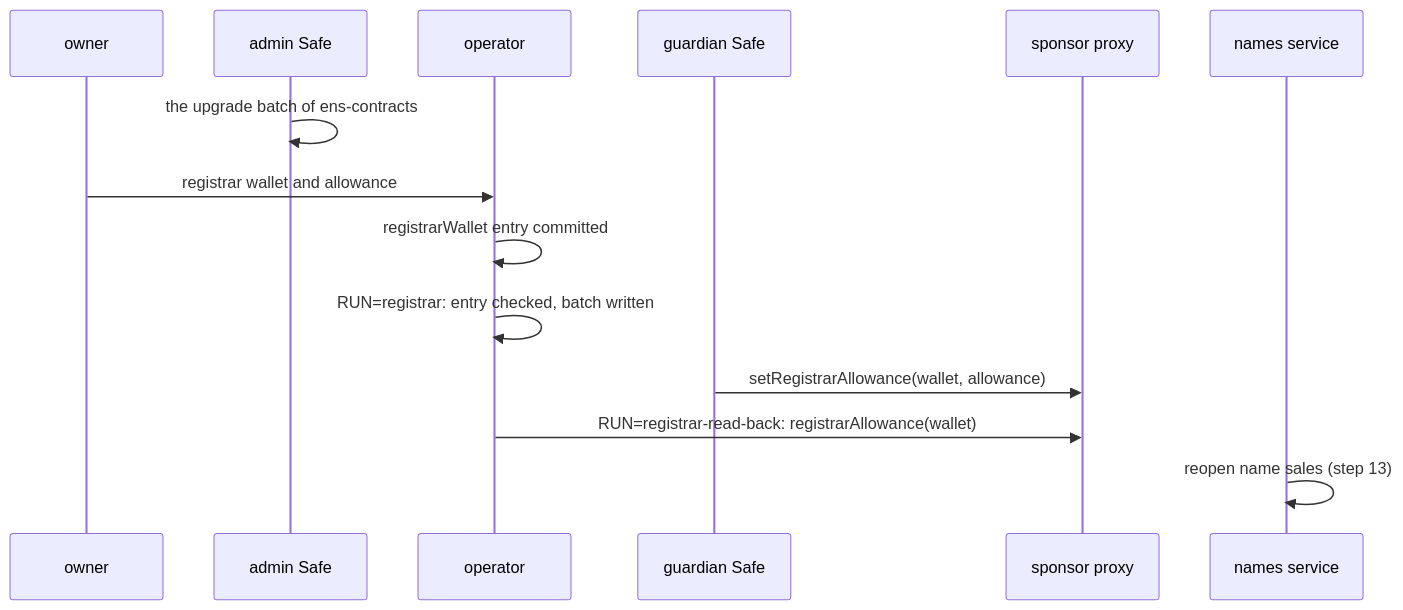
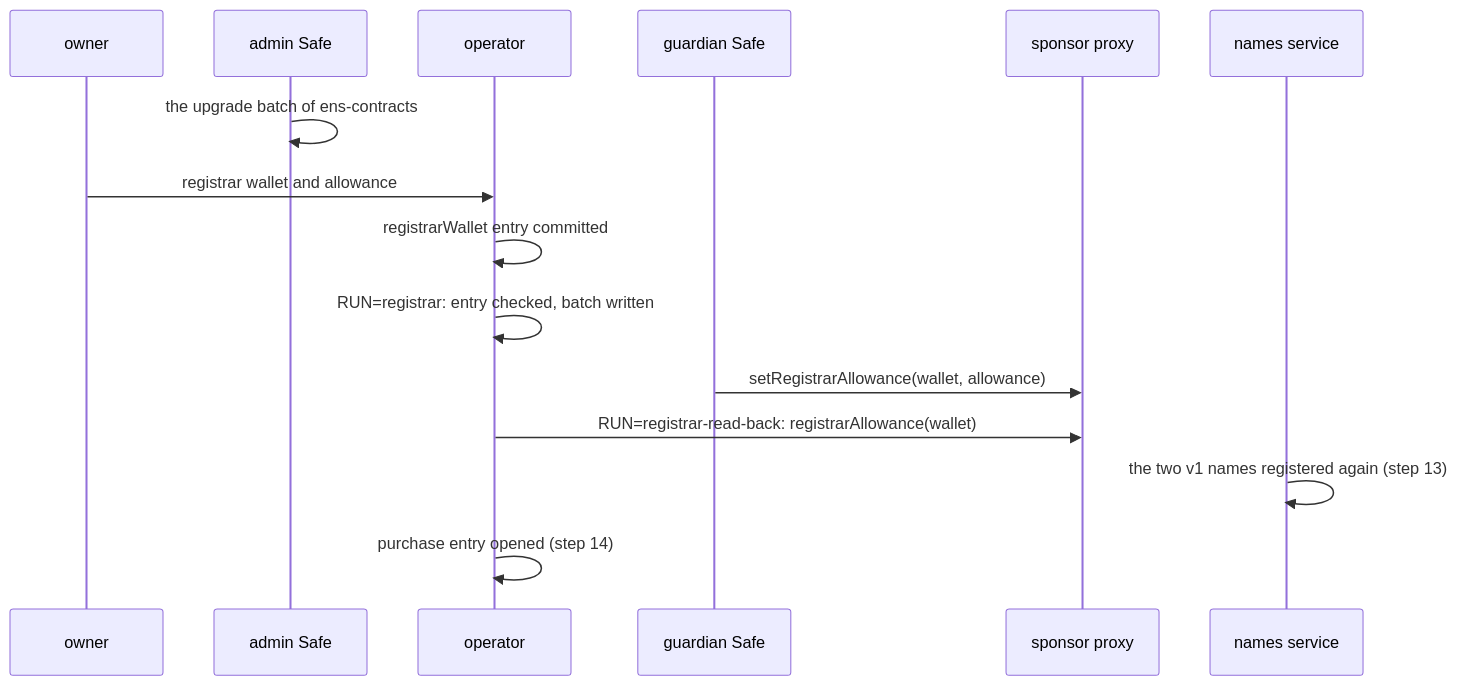
The third of 7 diagrams in docs/deployment.md (brenzi-agent/simplex-namespace-contract), drawn with Mermaid before and after one commit. The commit also changed other lines of this file and 5 other files, not shown here.

Commit message:
docs: store check, v1 names before sales, and the switch at step 11

````diff
--- a/docs/deployment.md
+++ b/docs/deployment.md
@@ -723,16 +782,17 @@
 ```mermaid
 sequenceDiagram
   participant W as owner
   participant A as admin Safe
   participant O as operator
   participant G as guardian Safe
   participant S as sponsor proxy
   participant N as names service
   A->>A: the upgrade batch of ens-contracts#51, executed
   W->>O: registrar wallet and allowance
   O->>O: registrarWallet entry committed
   O->>O: RUN=registrar: entry checked, batch written
   G->>S: setRegistrarAllowance(wallet, allowance)
   O->>S: RUN=registrar-read-back: registrarAllowance(wallet)
-  N->>N: reopen name sales (step 13)
+  N->>N: the two v1 names registered again (step 13)
+  O->>O: purchase entry opened (step 14)
 ```
````
